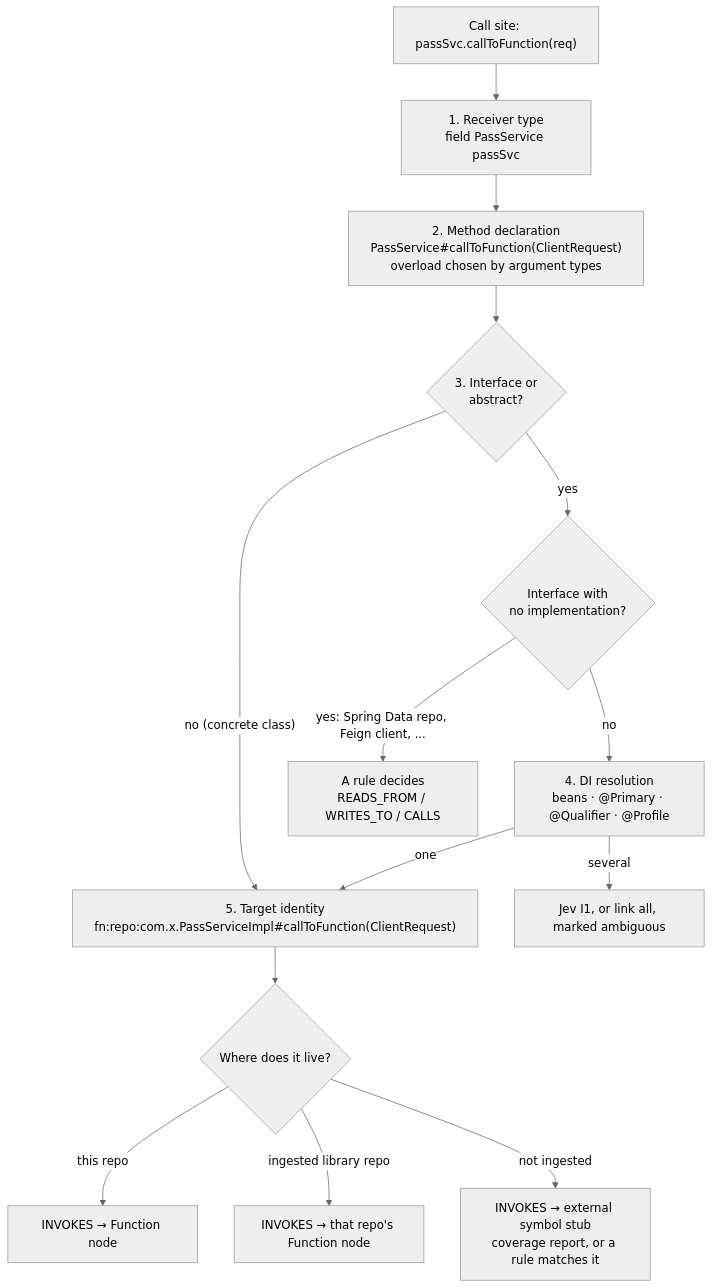
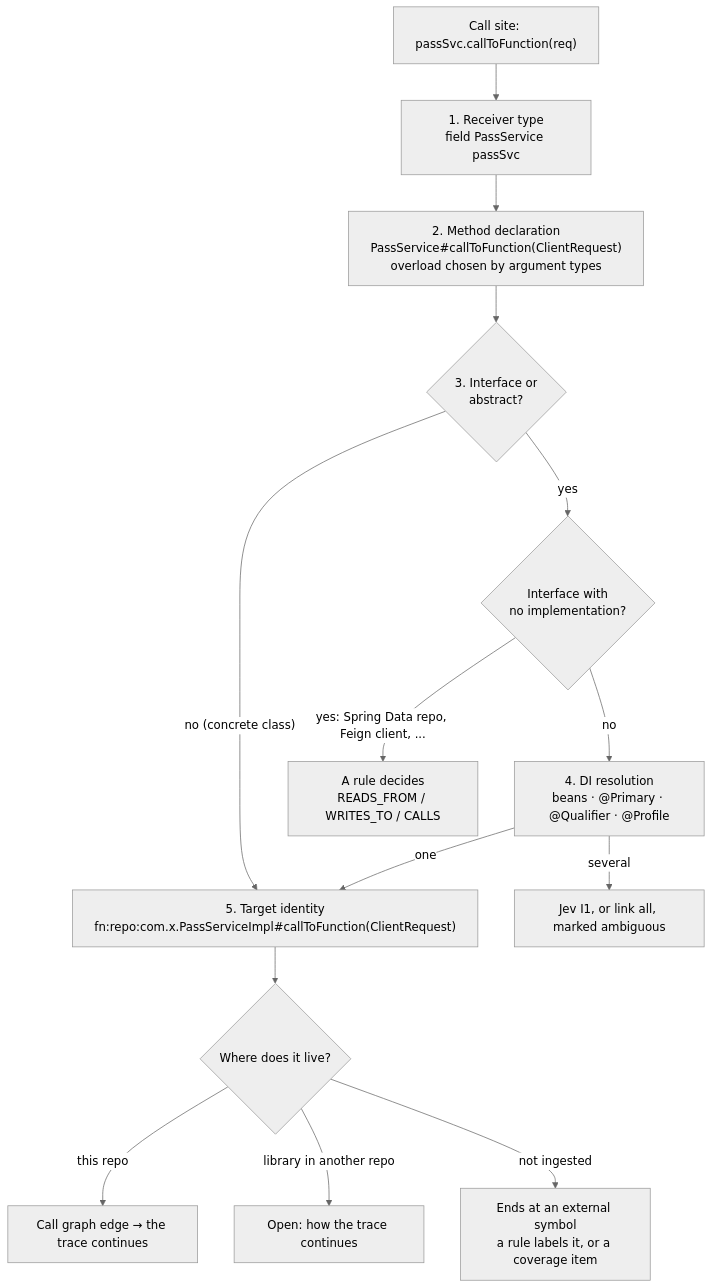
The second of 5 diagrams in docs/ingestion.md (KBavis/steno), drawn with Mermaid (neutral theme) before and after one commit. The commit also changed other lines of this file and 35 other files, not shown here.

Commit message:
feat: store flow traces instead of Function nodes; nightly ingestion

````diff
--- a/docs/ingestion.md
+++ b/docs/ingestion.md
@@ -256,16 +282,16 @@
 ```mermaid
 flowchart TD
     CS["Call site: passSvc.callToFunction(req)"] --> T1[1. Receiver type<br/>field PassService passSvc]
     T1 --> T2["2. Method declaration<br/>PassService#callToFunction(ClientRequest)<br/>overload chosen by argument types"]
     T2 --> T3{"3. Interface or<br/>abstract?"}
     T3 -- "no (concrete class)" --> T5
     T3 -- yes --> T4a{"Interface with<br/>no implementation?"}
     T4a -- "yes: Spring Data repo, Feign client, ..." --> R[A rule decides<br/>READS_FROM / WRITES_TO / CALLS]
     T4a -- "no" --> T4[4. DI resolution<br/>beans · @Primary · @Qualifier · @Profile]
     T4 -- one --> T5["5. Target identity<br/>fn:repo:com.x.PassServiceImpl#callToFunction(ClientRequest)"]
     T4 -- several --> J[Jev I1, or link all, marked ambiguous]
     T5 --> W{Where does it live?}
-    W -- "this repo" --> N1[INVOKES → Function node]
-    W -- "ingested library repo" --> N2[INVOKES → that repo's Function node]
-    W -- "not ingested" --> N3[INVOKES → external symbol stub<br/>coverage report, or a rule matches it]
+    W -- "this repo" --> N1[Call graph edge → the trace continues]
+    W -- "library in another repo" --> N2[Open: how the trace continues]
+    W -- "not ingested" --> N3[Ends at an external symbol<br/>a rule labels it, or a coverage item]
 ```
````
